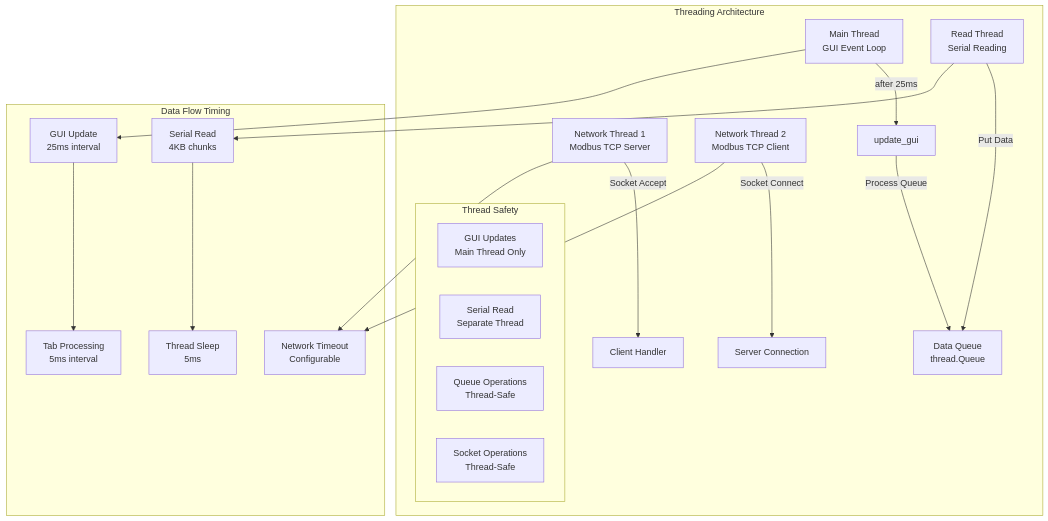
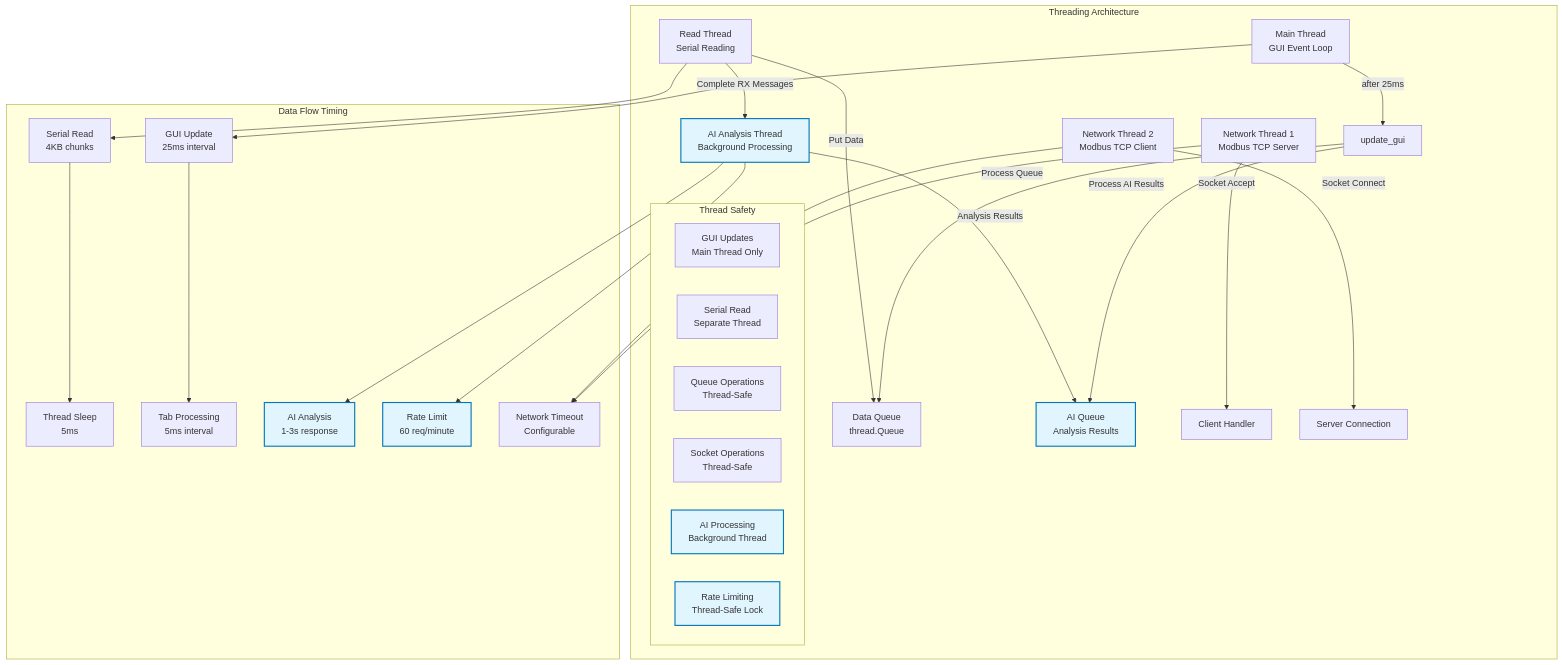
Before and after one commit to BangNguyenSJSU/SerialCOM_Tool: the fifth of 6 diagrams in README.md, drawn with Mermaid. The commit also changed other lines of this file and 2437 other files, not shown here.

````diff
--- a/README.md
+++ b/README.md
@@ -625,38 +768,53 @@
 ```mermaid
 graph TD
     subgraph "Threading Architecture"
         MT[Main Thread<br/>GUI Event Loop]
         RT[Read Thread<br/>Serial Reading]
         DQ[Data Queue<br/>thread.Queue]
+        AIQ[AI Queue<br/>Analysis Results]
+        AT[AI Analysis Thread<br/>Background Processing]
         NT1[Network Thread 1<br/>Modbus TCP Server]
         NT2[Network Thread 2<br/>Modbus TCP Client]
         
         MT -->|after 25ms| UPDATE[update_gui]
         UPDATE -->|Process Queue| DQ
+        UPDATE -->|Process AI Results| AIQ
         RT -->|Put Data| DQ
+        RT -->|Complete RX Messages| AT
+        AT -->|Analysis Results| AIQ
         NT1 -->|Socket Accept| CLIENT[Client Handler]
         NT2 -->|Socket Connect| SERVER[Server Connection]
         
         subgraph "Thread Safety"
             TS1[GUI Updates<br/>Main Thread Only]
             TS2[Serial Read<br/>Separate Thread]
             TS3[Queue Operations<br/>Thread-Safe]
             TS4[Socket Operations<br/>Thread-Safe]
+            TS5[AI Processing<br/>Background Thread]
+            TS6[Rate Limiting<br/>Thread-Safe Lock]
         end
     end
     
     subgraph "Data Flow Timing"
         R1[Serial Read<br/>4KB chunks]
         R2[Thread Sleep<br/>5ms]
         G1[GUI Update<br/>25ms interval]
         T1[Tab Processing<br/>5ms interval]
+        A1[AI Analysis<br/>1-3s response]
+        A2[Rate Limit<br/>60 req/minute]
         N1[Network Timeout<br/>Configurable]
     end
     
     RT --> R1
     R1 --> R2
     MT --> G1
     G1 --> T1
+    AT --> A1
+    AT --> A2
     NT1 --> N1
     NT2 --> N1
+    
+    %% AI Styling
+    classDef aiThread fill:#e1f5fe,stroke:#0277bd,stroke-width:2px
+    class AT,AIQ,TS5,TS6,A1,A2 aiThread
 ```
````
